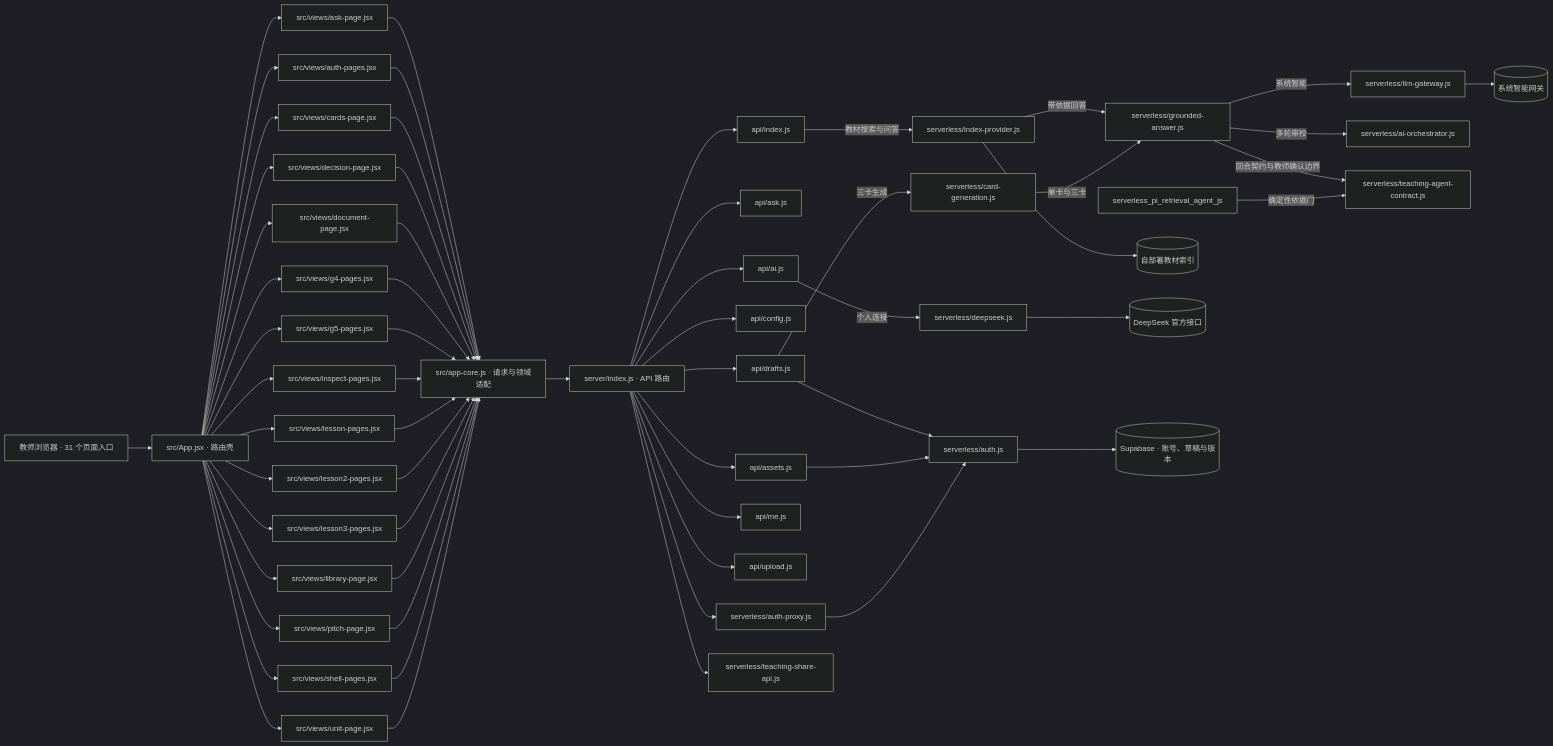
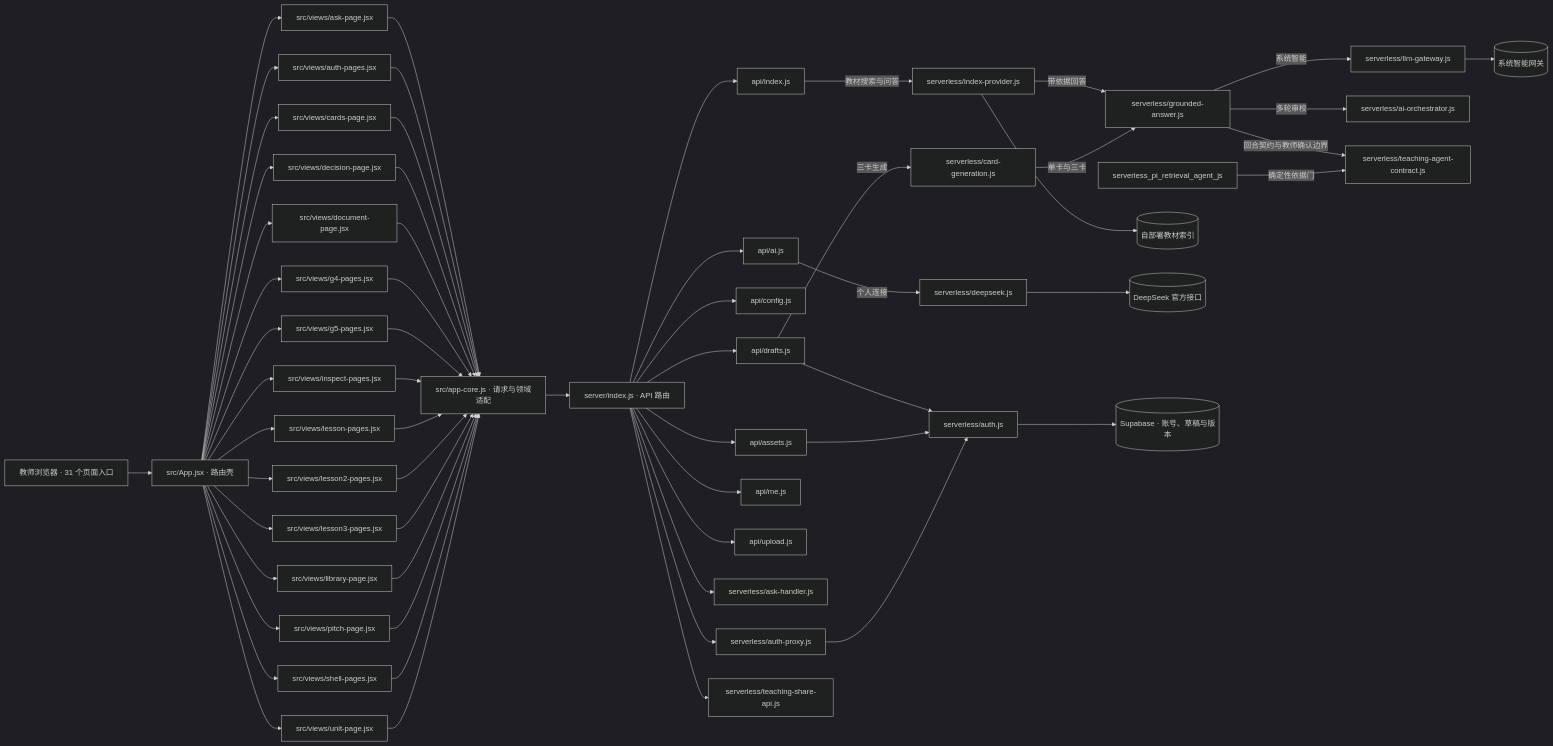
Before and after one commit to LeslieWylie/huojiaocan: the diagram in docs/代码架构图.generated.md, drawn with Mermaid (dark theme). The commit also changed other lines of this file and 25 other files, not shown here.

````diff
--- a/docs/代码架构图.generated.md
+++ b/docs/代码架构图.generated.md
@@ -8,61 +8,61 @@
 ```mermaid
 flowchart LR
   Browser["教师浏览器 · 31 个页面入口"] --> App["src/App.jsx · 路由壳"]
   App --> src_views_ask_page_jsx["src/views/ask-page.jsx"]
   App --> src_views_auth_pages_jsx["src/views/auth-pages.jsx"]
   App --> src_views_cards_page_jsx["src/views/cards-page.jsx"]
   App --> src_views_decision_page_jsx["src/views/decision-page.jsx"]
   App --> src_views_document_page_jsx["src/views/document-page.jsx"]
   App --> src_views_g4_pages_jsx["src/views/g4-pages.jsx"]
   App --> src_views_g5_pages_jsx["src/views/g5-pages.jsx"]
   App --> src_views_inspect_pages_jsx["src/views/inspect-pages.jsx"]
   App --> src_views_lesson_pages_jsx["src/views/lesson-pages.jsx"]
   App --> src_views_lesson2_pages_jsx["src/views/lesson2-pages.jsx"]
   App --> src_views_lesson3_pages_jsx["src/views/lesson3-pages.jsx"]
   App --> src_views_library_page_jsx["src/views/library-page.jsx"]
   App --> src_views_pitch_page_jsx["src/views/pitch-page.jsx"]
   App --> src_views_shell_pages_jsx["src/views/shell-pages.jsx"]
   App --> src_views_unit_page_jsx["src/views/unit-page.jsx"]
   src_views_ask_page_jsx --> Core["src/app-core.js · 请求与领域适配"]
   src_views_auth_pages_jsx --> Core["src/app-core.js · 请求与领域适配"]
   src_views_cards_page_jsx --> Core["src/app-core.js · 请求与领域适配"]
   src_views_decision_page_jsx --> Core["src/app-core.js · 请求与领域适配"]
   src_views_document_page_jsx --> Core["src/app-core.js · 请求与领域适配"]
   src_views_g4_pages_jsx --> Core["src/app-core.js · 请求与领域适配"]
   src_views_g5_pages_jsx --> Core["src/app-core.js · 请求与领域适配"]
   src_views_inspect_pages_jsx --> Core["src/app-core.js · 请求与领域适配"]
   src_views_lesson_pages_jsx --> Core["src/app-core.js · 请求与领域适配"]
   src_views_lesson2_pages_jsx --> Core["src/app-core.js · 请求与领域适配"]
   src_views_lesson3_pages_jsx --> Core["src/app-core.js · 请求与领域适配"]
   src_views_library_page_jsx --> Core["src/app-core.js · 请求与领域适配"]
   src_views_pitch_page_jsx --> Core["src/app-core.js · 请求与领域适配"]
   src_views_shell_pages_jsx --> Core["src/app-core.js · 请求与领域适配"]
   src_views_unit_page_jsx --> Core["src/app-core.js · 请求与领域适配"]
   Core --> Server["server/index.js · API 路由"]
   Server --> api_ai_js["api/ai.js"]
-  Server --> api_ask_js["api/ask.js"]
   Server --> api_assets_js["api/assets.js"]
   Server --> api_config_js["api/config.js"]
   Server --> api_drafts_js["api/drafts.js"]
   Server --> api_index_js["api/index.js"]
   Server --> api_me_js["api/me.js"]
   Server --> api_upload_js["api/upload.js"]
+  Server --> serverless_ask_handler_js["serverless/ask-handler.js"]
   Server --> serverless_auth_proxy_js["serverless/auth-proxy.js"]
   Server --> serverless_teaching_share_api_js["serverless/teaching-share-api.js"]
   api_index_js -->|教材搜索与问答| serverless_index_provider_js["serverless/index-provider.js"]
   api_drafts_js -->|三卡生成| serverless_card_generation_js["serverless/card-generation.js"]
   serverless_index_provider_js -->|带依据回答| serverless_grounded_answer_js["serverless/grounded-answer.js"]
   serverless_card_generation_js -->|单卡与三卡| serverless_grounded_answer_js["serverless/grounded-answer.js"]
   api_ai_js -->|个人连接| serverless_deepseek_js["serverless/deepseek.js"]
   serverless_grounded_answer_js -->|系统智能| serverless_llm_gateway_js["serverless/llm-gateway.js"]
   serverless_grounded_answer_js -->|多轮审校| serverless_ai_orchestrator_js["serverless/ai-orchestrator.js"]
   serverless_grounded_answer_js -->|回合契约与教师确认边界| serverless_teaching_agent_contract_js["serverless/teaching-agent-contract.js"]
   serverless_pi_retrieval_agent_js -->|确定性依据门| serverless_teaching_agent_contract_js["serverless/teaching-agent-contract.js"]
   serverless_index_provider_js --> PageIndex[("自部署教材索引")]
   serverless_deepseek_js --> DeepSeek[("DeepSeek 官方接口")]
   serverless_llm_gateway_js --> Gateway[("系统智能网关")]
   serverless_auth_js --> Supabase[("Supabase · 账号、草稿与版本")]
   api_drafts_js --> serverless_auth_js["serverless/auth.js"]
   api_assets_js --> serverless_auth_js["serverless/auth.js"]
   serverless_auth_proxy_js --> serverless_auth_js["serverless/auth.js"]
 ```
````
